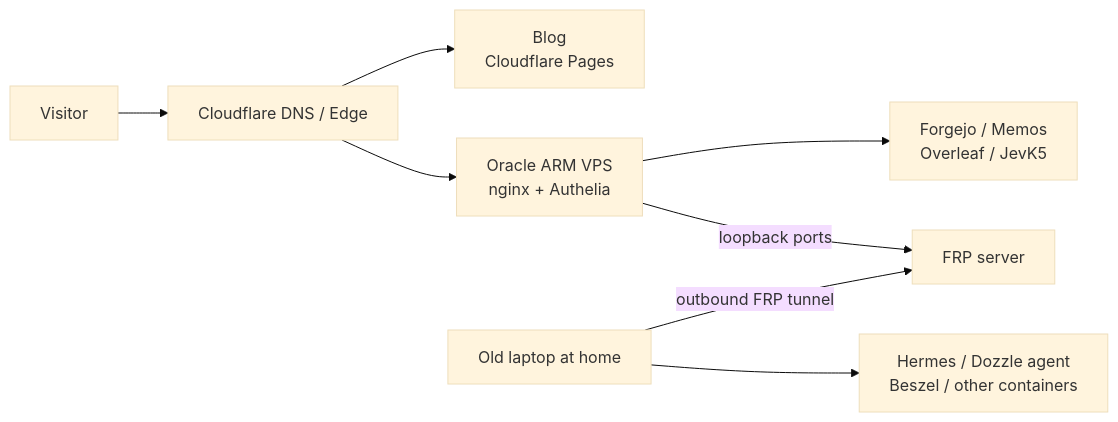
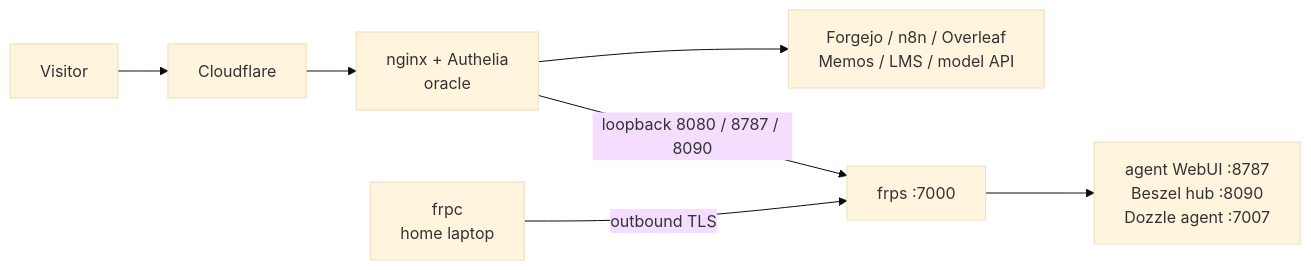
Before and after one commit to Vedaru/vedarublog.github.io: the diagram in src/content/posts/private-cloud-one-month.en.md, drawn with Mermaid (base theme). The commit also changed other lines of this file and 1 other file, not shown here.

````diff
--- a/src/content/posts/private-cloud-one-month.en.md
+++ b/src/content/posts/private-cloud-one-month.en.md
@@ -26,10 +78,9 @@
 ```mermaid
 flowchart LR
-    U[Visitor] --> CF[Cloudflare DNS / Edge]
-    CF --> P[Blog<br/>Cloudflare Pages]
-    CF --> O[Oracle ARM VPS<br/>nginx + Authelia]
-    O --> S[Forgejo / Memos<br/>Overleaf / JevK5]
-    O -->|loopback ports| F[FRP server]
-    H[Old laptop at home] -->|outbound FRP tunnel| F
-    H --> D[Hermes / Dozzle agent<br/>Beszel / other containers]
+    U[Visitor] --> CF[Cloudflare]
+    CF --> N[nginx + Authelia<br/>oracle]
+    N --> S[Forgejo / n8n / Overleaf<br/>Memos / LMS / model API]
+    N -->|loopback 8080 / 8787 / 8090| R[frps :7000]
+    C[frpc<br/>home laptop] -->|outbound TLS| R
+    R --> A[agent WebUI :8787<br/>Beszel hub :8090<br/>Dozzle agent :7007]
 ```
````
